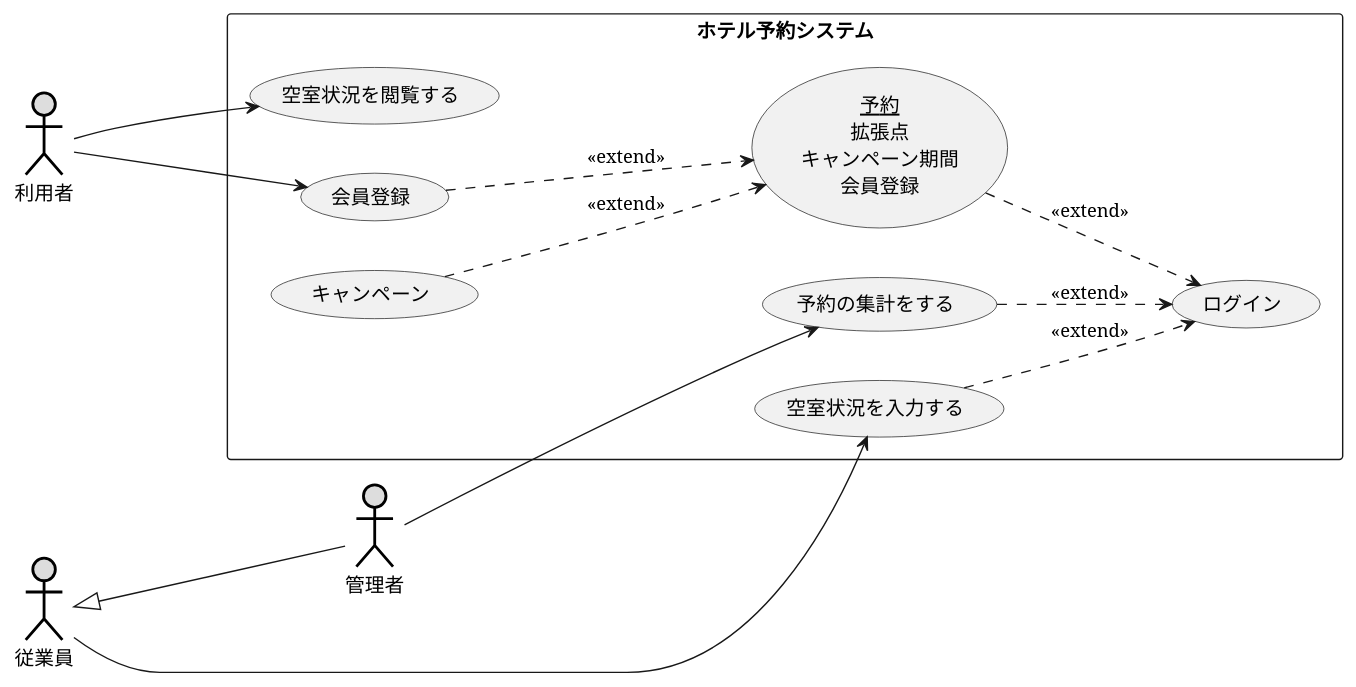
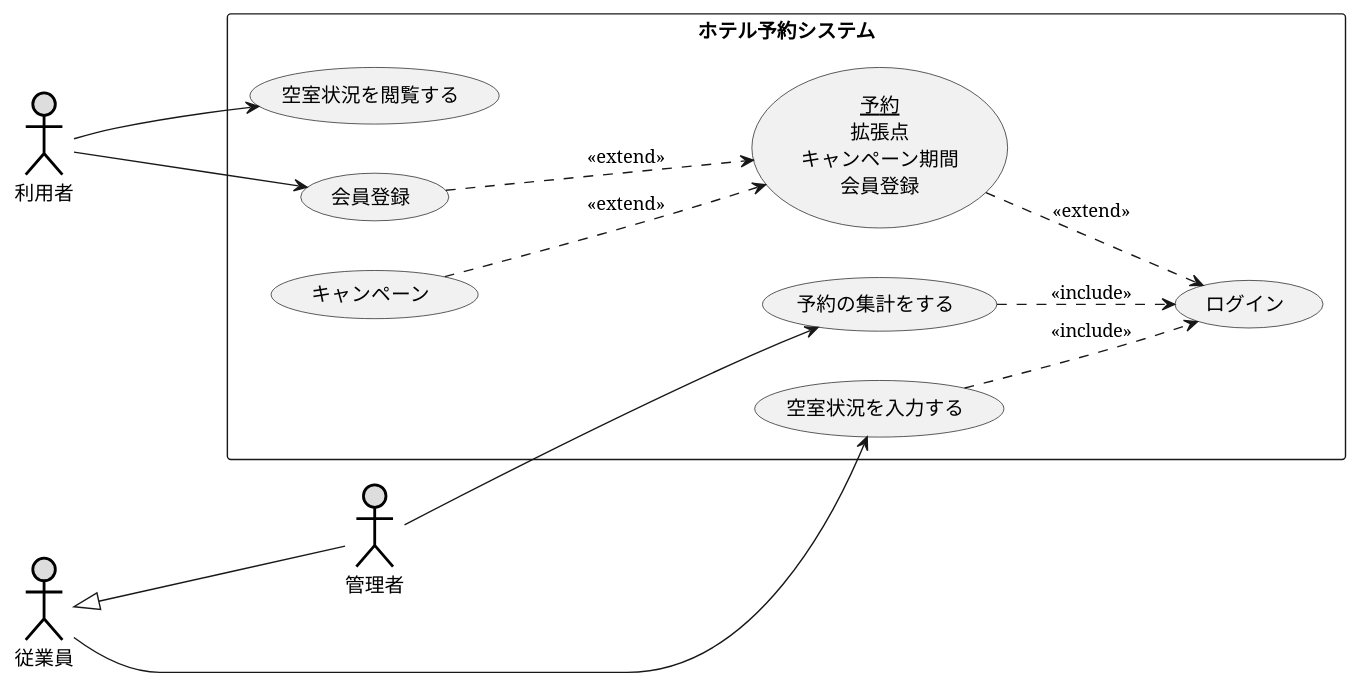
One commit to a-tamura22/uml-introduction changed the diagram in 演習2-8_UC_ホテル予約システム.pu. Above: the diagram before and after it, drawn with PlantUML.

Commit message:
演習８を訂正

```diff
--- a/演習2-8_UC_ホテル予約システム.pu
+++ b/演習2-8_UC_ホテル予約システム.pu
@@ -1,28 +1,28 @@
 @startuml ユースケース図
 left to right direction
 
      actor 利用者 #DDDDDD;line:black;line.bold;
      actor 従業員 #DDDDDD;line:black;line.bold;
      actor 管理者 #DDDDDD;line:black;line.bold;
 
 rectangle ホテル予約システム {
 usecase 空室状況を閲覧する
 usecase 予約の集計をする
 usecase 会員登録
 usecase (<u>予約</u>\n拡張点\nキャンペーン期間\n会員登録) as A
 usecase ログイン
 usecase 空室状況を入力する
 usecase キャンペーン
 }
+キャンペーン ...>(A) : <<extend>>
 利用者--->会員登録
-キャンペーン ...>(A) : <<extend>>
 利用者--->空室状況を閲覧する
 従業員<|---管理者
 管理者--->予約の集計をする
 従業員-->空室状況を入力する
 会員登録 ...>(A) : <<extend>>
 A ..>(ログイン) : <<extend>>
-予約の集計をする ..>(ログイン) : <<extend>>
-空室状況を入力する ..>(ログイン) : <<extend>>
+予約の集計をする ..>(ログイン) : <<include>>
+空室状況を入力する ..>(ログイン) : <<include>>
 
 @enduml
```
